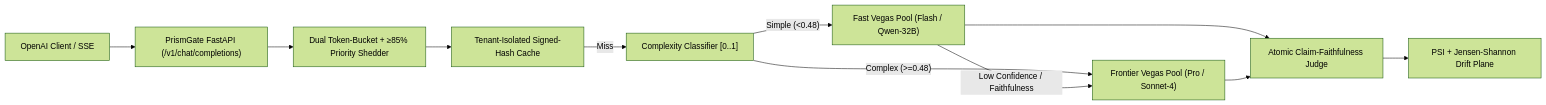
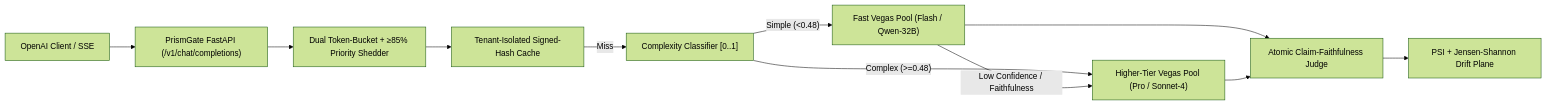
Before and after one commit to nagarjunak-pixel/prism-gate: the diagram in README.md, drawn with Mermaid (forest theme). The commit also changed other lines of this file and 3 other files, not shown here.

````diff
--- a/README.md
+++ b/README.md
@@ -24,13 +24,13 @@
 ```mermaid
 flowchart LR
     SDK["OpenAI Client / SSE"] --> Gate["PrismGate FastAPI (/v1/chat/completions)"]
     Gate --> Adm["Dual Token-Bucket + ≥85% Priority Shedder"]
     Adm --> Cache["Tenant-Isolated Signed-Hash Cache"]
     Cache -- "Miss" --> Cascade["Complexity Classifier [0..1]"]
     Cascade -- "Simple (<0.48)" --> Fast["Fast Vegas Pool (Flash / Qwen-32B)"]
-    Cascade -- "Complex (>=0.48)" --> Front["Frontier Vegas Pool (Pro / Sonnet-4)"]
+    Cascade -- "Complex (>=0.48)" --> Front["Higher-Tier Vegas Pool (Pro / Sonnet-4)"]
     Fast -- "Low Confidence / Faithfulness" --> Front
     Fast --> Eval["Atomic Claim-Faithfulness Judge"]
     Front --> Eval
     Eval --> Drift["PSI + Jensen-Shannon Drift Plane"]
 ```
````
